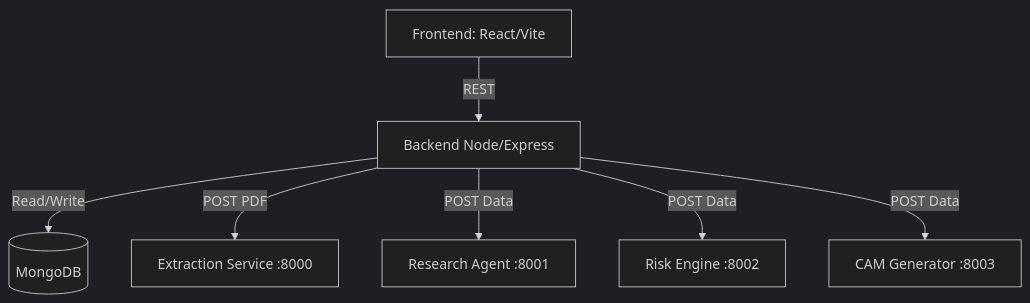
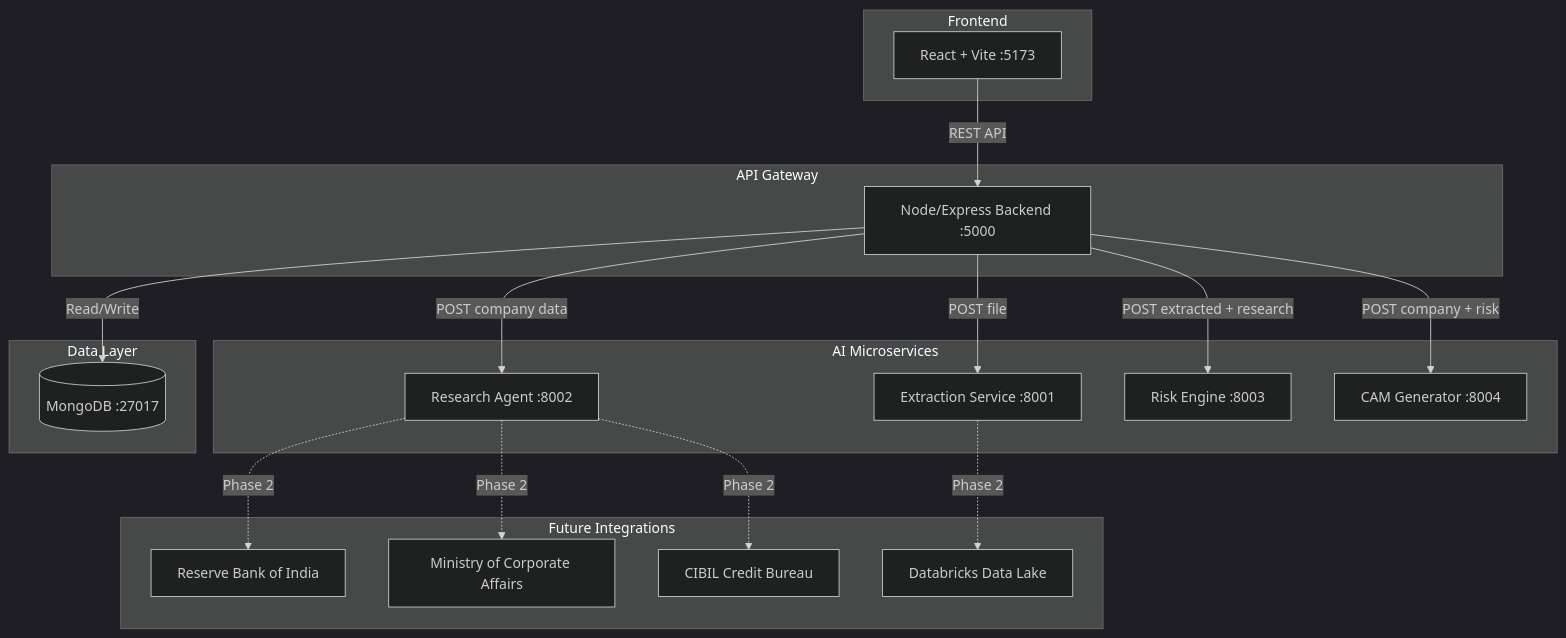
Before and after one commit to Sanchitgarg639/hackth: the diagram in intelli-credit/docs/architecture.md, drawn with Mermaid (dark theme). The commit also changed other lines of this file and 96 other files, not shown here.

Commit message:
Complete Phase 5: Frontend Integration, ML Orchestration, Demo Mode Polish

````diff
--- a/intelli-credit/docs/architecture.md
+++ b/intelli-credit/docs/architecture.md
@@ -3,9 +9,40 @@
 ```mermaid
 graph TD
-    UI[Frontend: React/Vite] -->|REST| BE[Backend Node/Express]
-    BE -->|Read/Write| DB[(MongoDB)]
-    BE -->|POST PDF| EXT[Extraction Service :8000]
-    BE -->|POST Data| RES[Research Agent :8001]
-    BE -->|POST Data| RISK[Risk Engine :8002]
-    BE -->|POST Data| CAM[CAM Generator :8003]
+    subgraph Frontend
+        UI["React + Vite :5173"]
+    end
+
+    subgraph API Gateway
+        BE["Node/Express Backend :5000"]
+    end
+
+    subgraph AI Microservices
+        EXT["Extraction Service :8001"]
+        RES["Research Agent :8002"]
+        RISK["Risk Engine :8003"]
+        CAM["CAM Generator :8004"]
+    end
+
+    subgraph Data Layer
+        DB[("MongoDB :27017")]
+    end
+
+    subgraph Future Integrations
+        RBI["Reserve Bank of India"]
+        MCA["Ministry of Corporate Affairs"]
+        CIBIL["CIBIL Credit Bureau"]
+        DBR["Databricks Data Lake"]
+    end
+
+    UI -->|REST API| BE
+    BE -->|Read/Write| DB
+    BE -->|POST file| EXT
+    BE -->|POST company data| RES
+    BE -->|POST extracted + research| RISK
+    BE -->|POST company + risk| CAM
+
+    RES -.->|"Phase 2"| RBI
+    RES -.->|"Phase 2"| MCA
+    RES -.->|"Phase 2"| CIBIL
+    EXT -.->|"Phase 2"| DBR
 ```
````
